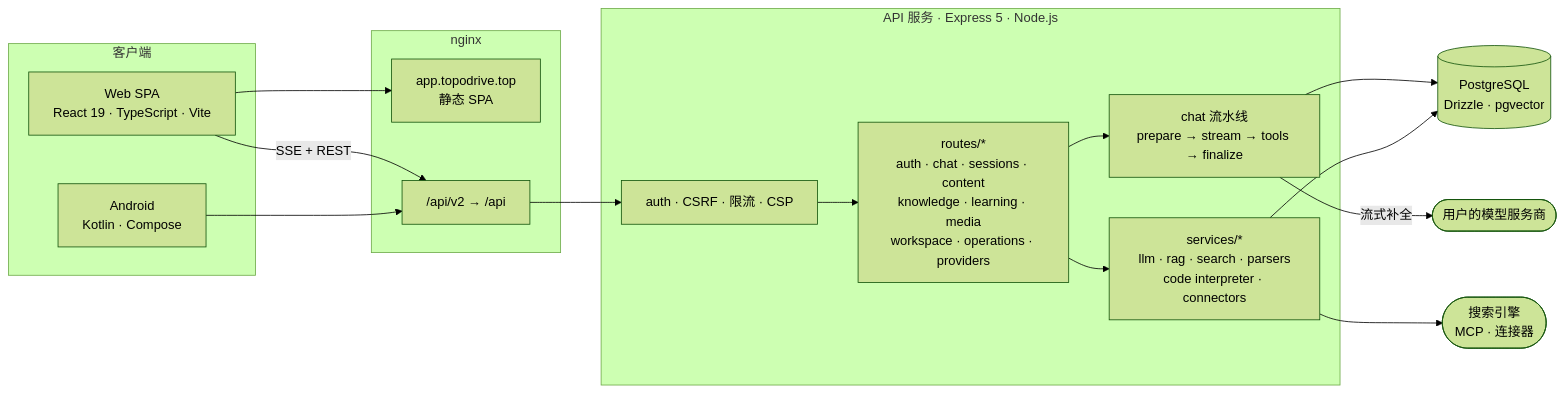
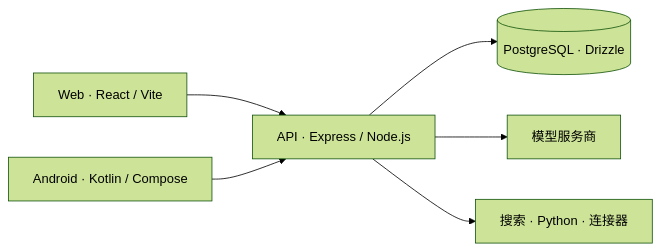
One commit to kevenhu001-cyber/Socrates changed the diagram in README.zh.md. Above: the diagram before and after it, drawn with Mermaid (forest theme). The commit also changed other lines of this file, not shown here.

````diff
--- a/README.zh.md
+++ b/README.zh.md
@@ -129,34 +118,8 @@
 ```mermaid
 flowchart LR
-  subgraph Clients["客户端"]
-    SPA["Web SPA<br/>React 19 · TypeScript · Vite"]
-    AND["Android<br/>Kotlin · Compose"]
-  end
-
-  subgraph Edge["nginx"]
-    APP["app.topodrive.top<br/>静态 SPA"]
-    PROXY["/api/v2 → /api"]
-  end
-
-  subgraph Server["API 服务 · Express 5 · Node.js"]
-    MW["auth · CSRF · 限流 · CSP"]
-    ROUTES["routes/*<br/>auth · chat · sessions · content<br/>knowledge · learning · media<br/>workspace · operations · providers"]
-    CHAT["chat 流水线<br/>prepare → stream → tools → finalize"]
-    SVC["services/*<br/>llm · rag · search · parsers<br/>code interpreter · connectors"]
-  end
-
-  PG[("PostgreSQL<br/>Drizzle · pgvector")]
-  LLM(["用户的模型服务商"])
-  EXT(["搜索引擎<br/>MCP · 连接器"])
-
-  SPA --> APP
-  SPA -->|SSE + REST| PROXY
-  AND --> PROXY
-  PROXY --> MW --> ROUTES
-  ROUTES --> CHAT
-  ROUTES --> SVC
-  CHAT --> PG
-  SVC --> PG
-  CHAT -->|流式补全| LLM
-  SVC --> EXT
+  W["Web · React / Vite"] --> E["API · Express / Node.js"]
+  A["Android · Kotlin / Compose"] --> E
+  E --> D[("PostgreSQL · Drizzle")]
+  E --> M["模型服务商"]
+  E --> T["搜索 · Python · 连接器"]
 ```
````
